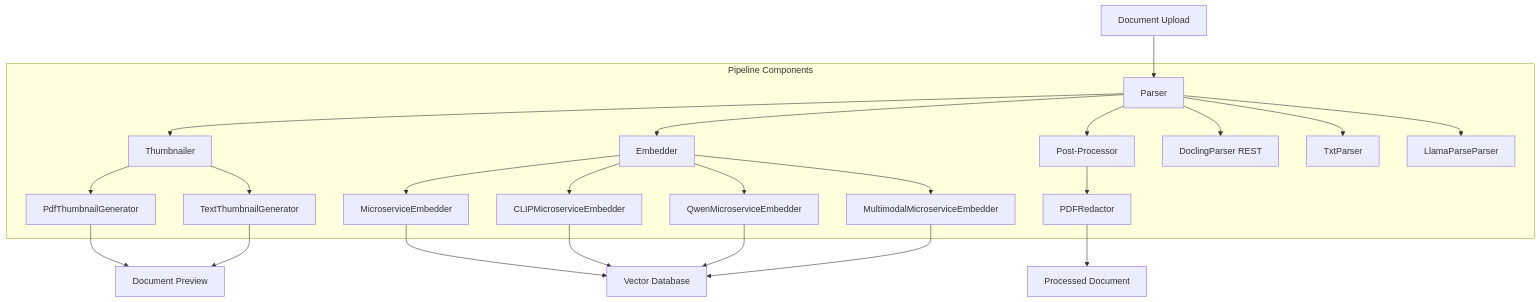
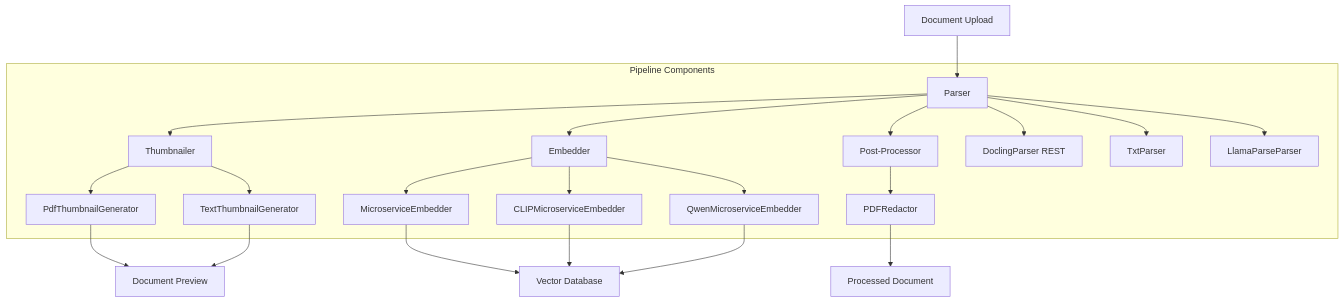
The first of 2 diagrams in docs/pipelines/pipeline_overview.md (angelo-lacson/DocLattice), drawn with Mermaid before and after one commit. The commit also changed other lines of this file and 7 other files, not shown here.

````diff
--- a/docs/pipelines/pipeline_overview.md
+++ b/docs/pipelines/pipeline_overview.md
@@ -17,31 +17,29 @@
 ```mermaid
 graph TD
     A[Document Upload] --> B[Parser]
     B --> C[Thumbnailer]
     B --> D[Embedder]
     B --> PP[Post-Processor]
 
     subgraph "Pipeline Components"
         B --> B1[DoclingParser REST]
         B --> B2[TxtParser]
         B --> B3[LlamaParseParser]
 
         C --> C1[PdfThumbnailGenerator]
         C --> C2[TextThumbnailGenerator]
 
         D --> D1[MicroserviceEmbedder]
         D --> D2[CLIPMicroserviceEmbedder]
         D --> D3[QwenMicroserviceEmbedder]
-        D --> D4[MultimodalMicroserviceEmbedder]
 
         PP --> PP1[PDFRedactor]
     end
 
     C1 --> E[Document Preview]
     C2 --> E
     D1 --> F[Vector Database]
     D2 --> F
     D3 --> F
-    D4 --> F
     PP1 --> G[Processed Document]
 ```
````
